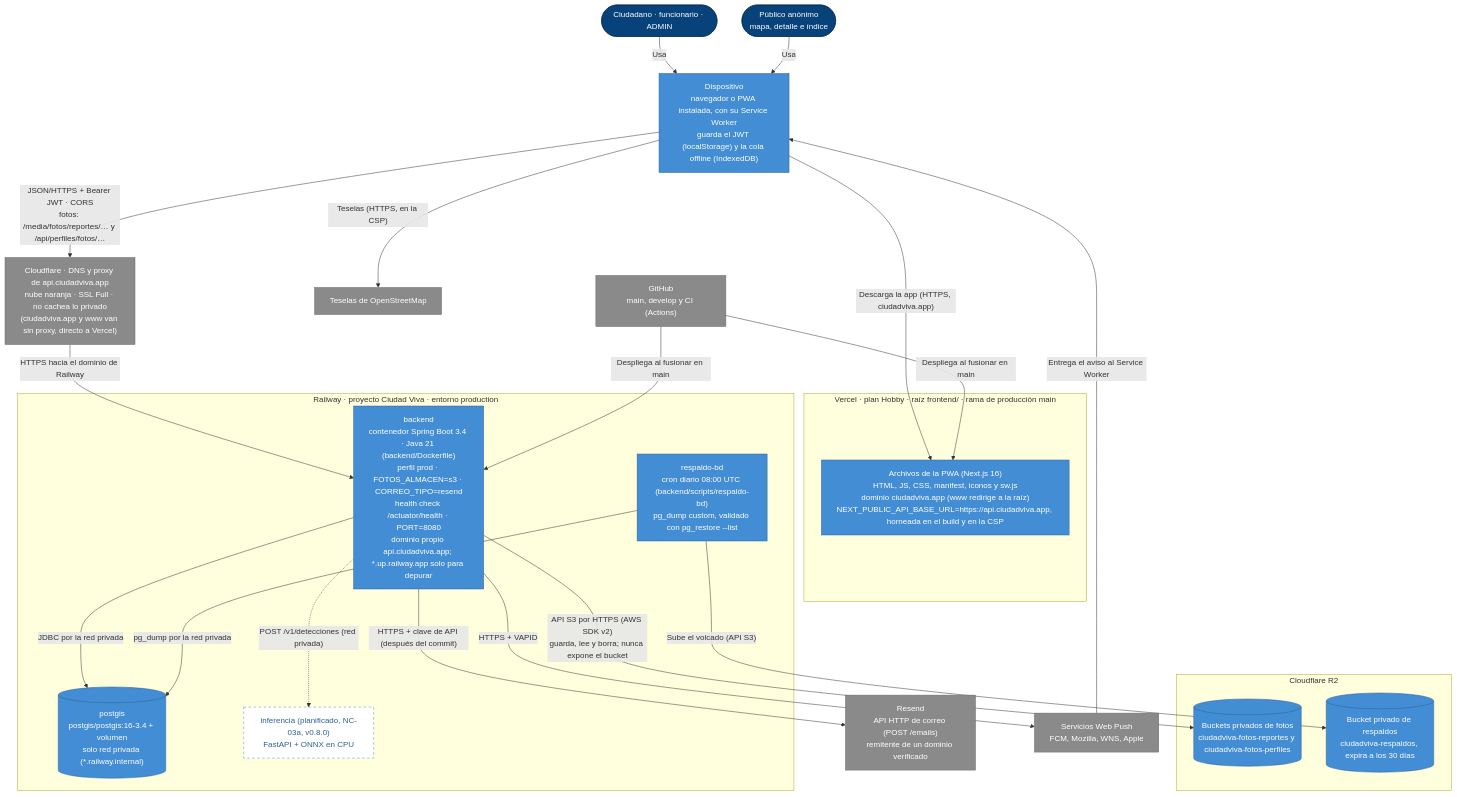
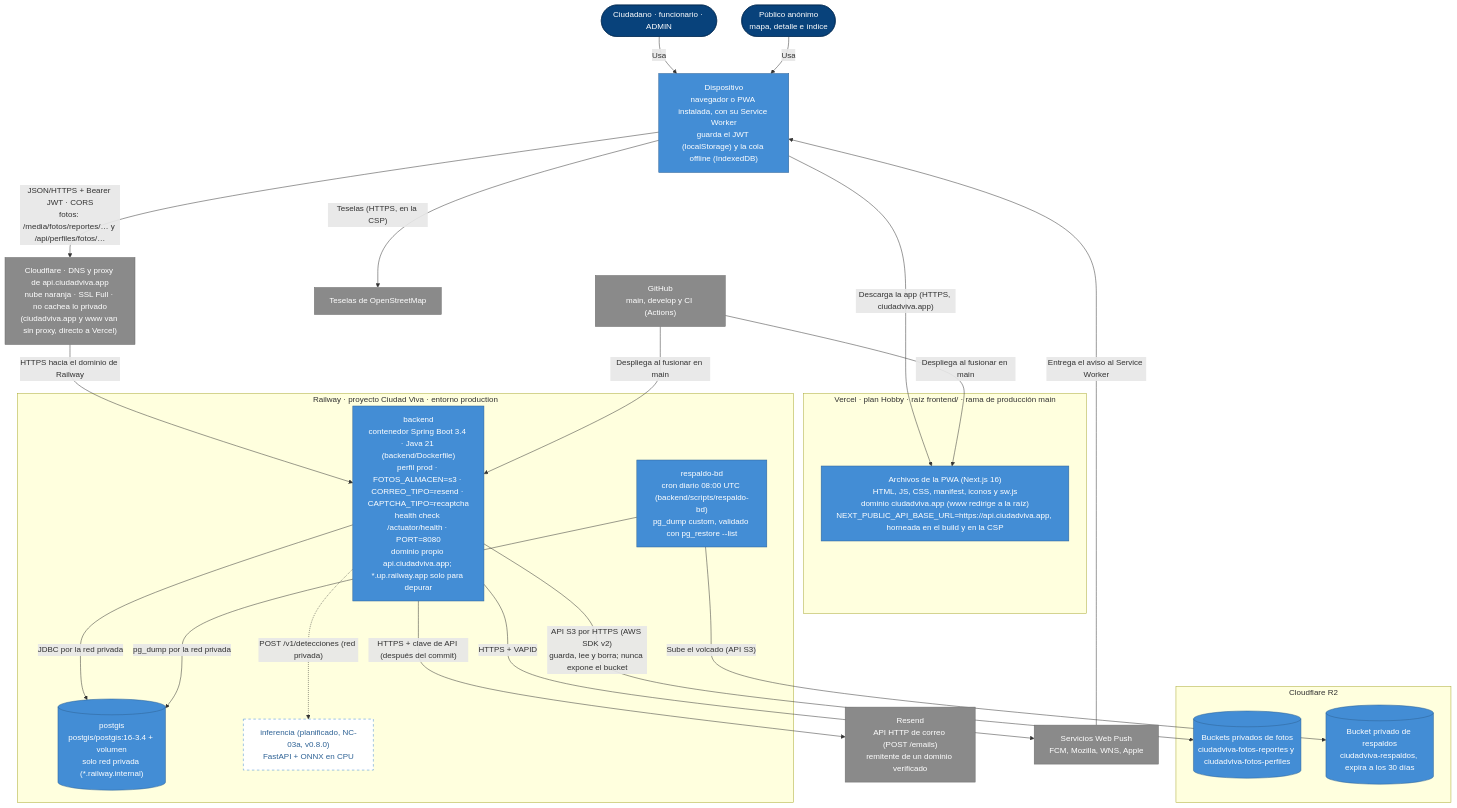
Before and after one commit to TP202620041/tesis: the diagram in docs/arquitectura/c4-despliegue.md, drawn with Mermaid. The commit also changed other lines of this file and 2 other files, not shown here.

Commit message:
NC-08: variables del captcha en la guía de despliegue y en los C4

````diff
--- a/docs/arquitectura/c4-despliegue.md
+++ b/docs/arquitectura/c4-despliegue.md
@@ -5,56 +5,56 @@
 ```mermaid
 flowchart TB
   persona(["Ciudadano · funcionario · ADMIN"])
   publico(["Público anónimo<br/>mapa, detalle e índice"])
 
   dispositivo["Dispositivo<br/>navegador o PWA instalada, con su Service Worker<br/>guarda el JWT (localStorage) y la cola offline (IndexedDB)"]
 
   subgraph vercel["Vercel · plan Hobby · raíz frontend/ · rama de producción main"]
     pwa["Archivos de la PWA (Next.js 16)<br/>HTML, JS, CSS, manifest, iconos y sw.js<br/>dominio ciudadviva.app (www redirige a la raíz)<br/>NEXT_PUBLIC_API_BASE_URL=https://api.ciudadviva.app, horneada en el build y en la CSP"]
   end
 
   proxy["Cloudflare · DNS y proxy de api.ciudadviva.app<br/>nube naranja · SSL Full · no cachea lo privado<br/>(ciudadviva.app y www van sin proxy, directo a Vercel)"]
 
   subgraph railway["Railway · proyecto Ciudad Viva · entorno production"]
-    api["backend<br/>contenedor Spring Boot 3.4 · Java 21 (backend/Dockerfile)<br/>perfil prod · FOTOS_ALMACEN=s3 · CORREO_TIPO=resend<br/>health check /actuator/health · PORT=8080<br/>dominio propio api.ciudadviva.app; *.up.railway.app solo para depurar"]
+    api["backend<br/>contenedor Spring Boot 3.4 · Java 21 (backend/Dockerfile)<br/>perfil prod · FOTOS_ALMACEN=s3 · CORREO_TIPO=resend · CAPTCHA_TIPO=recaptcha<br/>health check /actuator/health · PORT=8080<br/>dominio propio api.ciudadviva.app; *.up.railway.app solo para depurar"]
     db[("postgis<br/>postgis/postgis:16-3.4 + volumen<br/>solo red privada (*.railway.internal)")]
     respaldo["respaldo-bd<br/>cron diario 08:00 UTC (backend/scripts/respaldo-bd)<br/>pg_dump custom, validado con pg_restore --list"]
     inferencia["inferencia (planificado, NC-03a, v0.8.0)<br/>FastAPI + ONNX en CPU"]
   end
 
   subgraph cloudflare["Cloudflare R2"]
     fotos[("Buckets privados de fotos<br/>ciudadviva-fotos-reportes y ciudadviva-fotos-perfiles")]
     copias[("Bucket privado de respaldos<br/>ciudadviva-respaldos, expira a los 30 días")]
   end
 
   correo["Resend<br/>API HTTP de correo (POST /emails)<br/>remitente de un dominio verificado"]
   push["Servicios Web Push<br/>FCM, Mozilla, WNS, Apple"]
   osm["Teselas de OpenStreetMap"]
   github["GitHub<br/>main, develop y CI (Actions)"]
 
   persona -->|"Usa"| dispositivo
   publico -->|"Usa"| dispositivo
   dispositivo -->|"Descarga la app (HTTPS, ciudadviva.app)"| pwa
   dispositivo -->|"JSON/HTTPS + Bearer JWT · CORS<br/>fotos: /media/fotos/reportes/… y /api/perfiles/fotos/…"| proxy
   proxy -->|"HTTPS hacia el dominio de Railway"| api
   dispositivo -->|"Teselas (HTTPS, en la CSP)"| osm
   api -->|"JDBC por la red privada"| db
   api -->|"API S3 por HTTPS (AWS SDK v2)<br/>guarda, lee y borra; nunca expone el bucket"| fotos
   api -->|"HTTPS + clave de API (después del commit)"| correo
   api -->|"HTTPS + VAPID"| push
   push -->|"Entrega el aviso al Service Worker"| dispositivo
   api -.->|"POST /v1/detecciones (red privada)"| inferencia
   respaldo -->|"pg_dump por la red privada"| db
   respaldo -->|"Sube el volcado (API S3)"| copias
   github -->|"Despliega al fusionar en main"| pwa
   github -->|"Despliega al fusionar en main"| api
 
   classDef persona fill:#08427b,stroke:#052e56,color:#ffffff
   classDef contenedor fill:#438dd5,stroke:#2e6295,color:#ffffff
   classDef externo fill:#8a8a8a,stroke:#6b6b6b,color:#ffffff
   classDef planificado fill:#ffffff,stroke:#438dd5,stroke-dasharray:5 5,color:#2e6295
   class persona,publico persona
   class dispositivo,pwa,api,db,respaldo,fotos,copias contenedor
   class correo,push,osm,github,proxy externo
   class inferencia planificado
 ```
````
